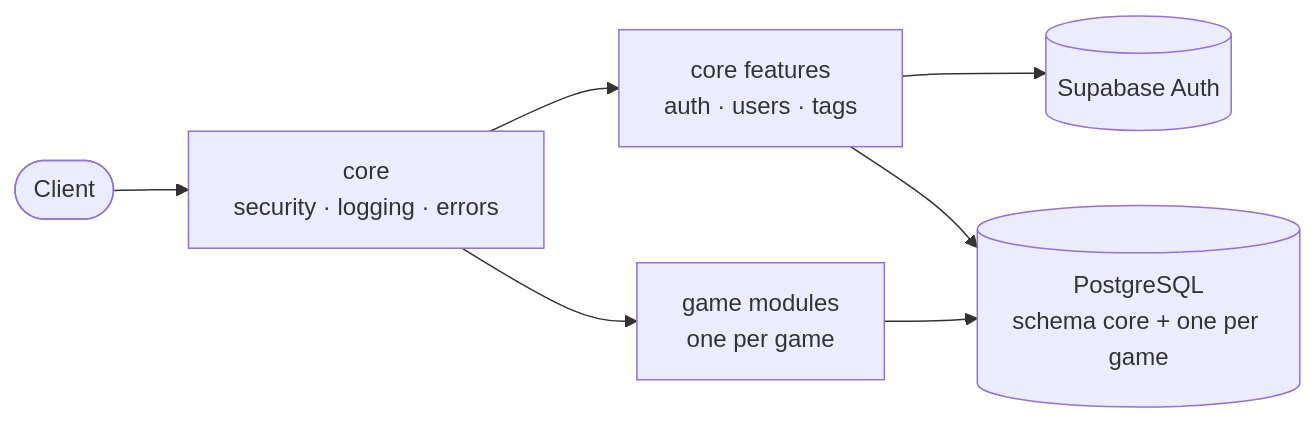
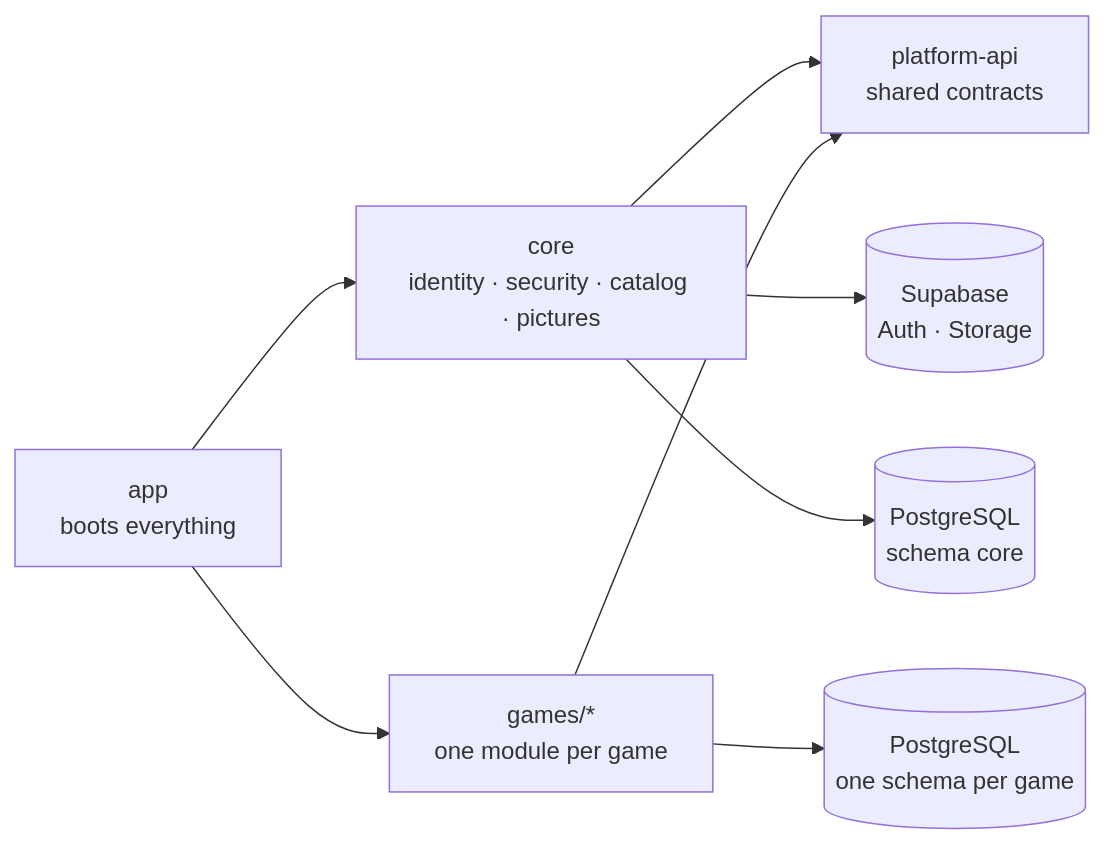
One commit to Adrianpmdev-Personal-Webs/NTG changed the diagram in backend/README.md. Above: the diagram before and after it, drawn with Mermaid. The commit also changed other lines of this file and 4 other files, not shown here.

````diff
--- a/backend/README.md
+++ b/backend/README.md
@@ -33,9 +36,10 @@
 ```mermaid
 flowchart LR
-    C([Client]) --> S["core<br/>security · logging · errors"]
-    S --> I["core features<br/>auth · users · tags"]
-    S --> P["game modules<br/>one per game"]
-    I --> SB[("Supabase Auth")]
-    I --> DB[("PostgreSQL<br/>schema core + one per game")]
-    P --> DB
+    A["app<br/>boots everything"] --> C["core<br/>identity · security · catalog · pictures"]
+    A --> G["games/*<br/>one module per game"]
+    C --> P["platform-api<br/>shared contracts"]
+    G --> P
+    C --> SB[("Supabase<br/>Auth · Storage")]
+    C --> DB[("PostgreSQL<br/>schema core")]
+    G --> DB2[("PostgreSQL<br/>one schema per game")]
 ```
````
